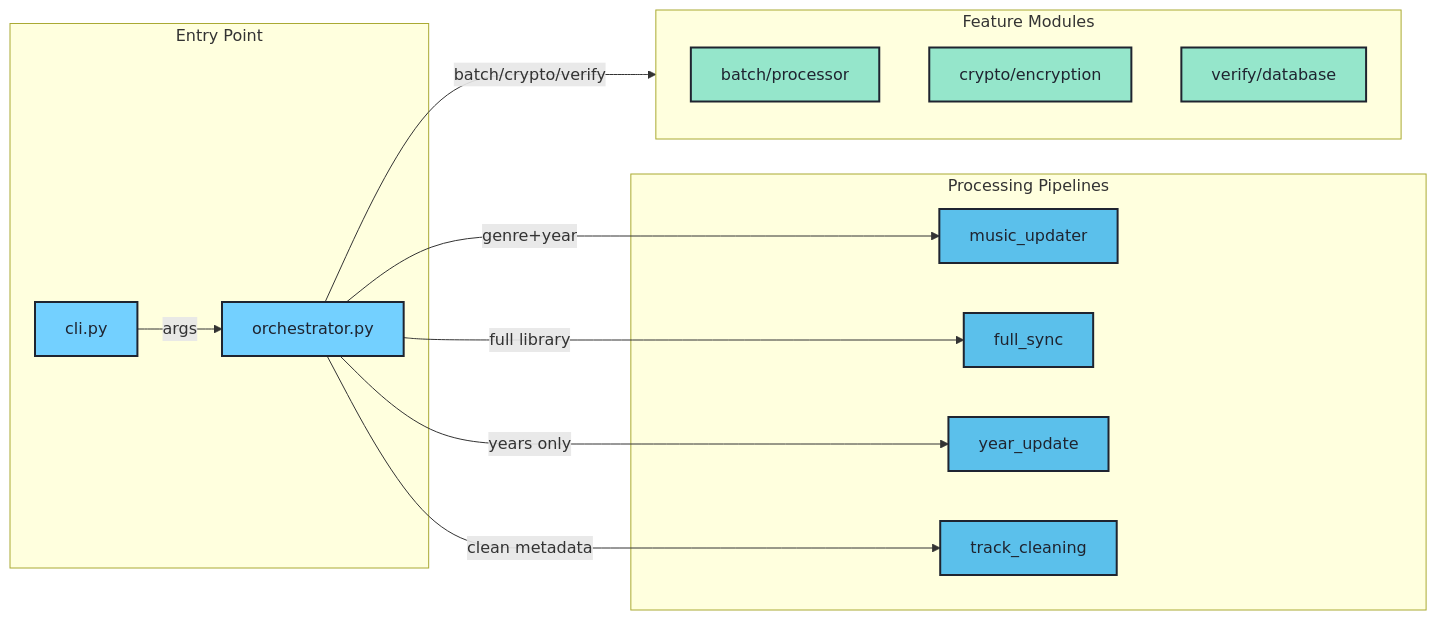
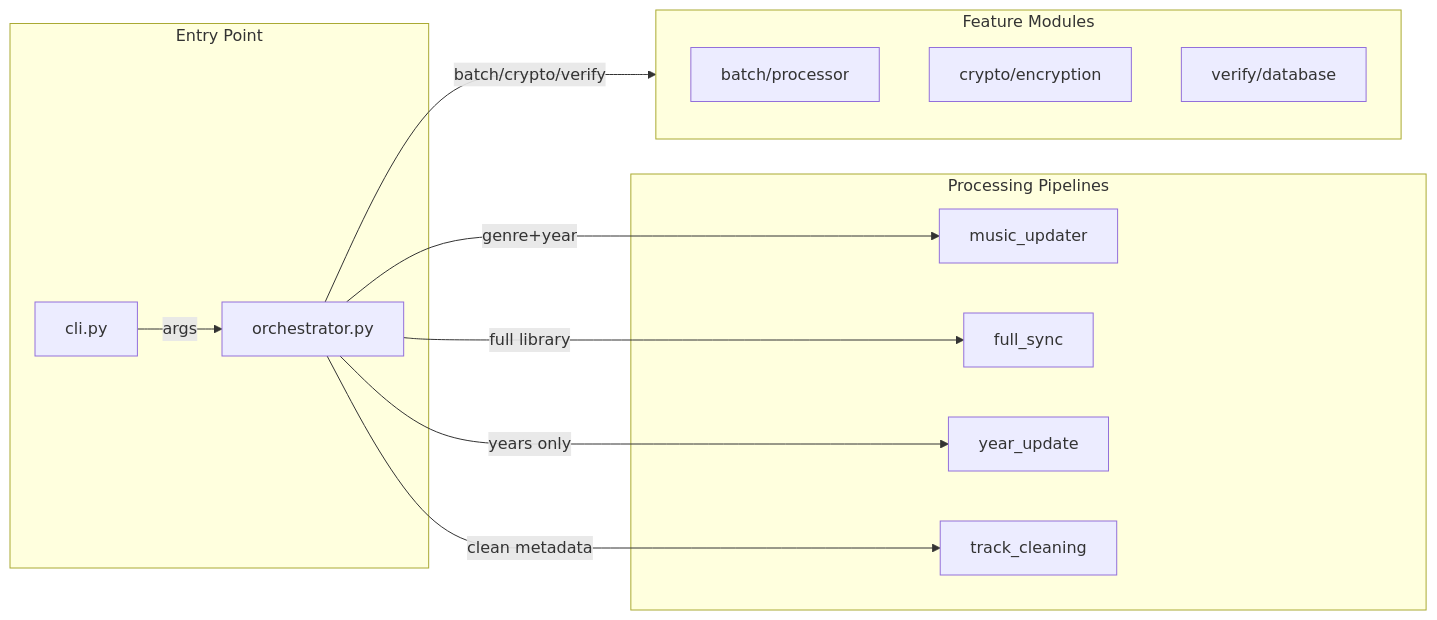
Before and after one commit to barad1tos/GenreUpdater: the fifth of 8 diagrams in docs/architecture/overview.md, drawn with Mermaid. The commit also changed other lines of this file and 2 other files, not shown here.

First line of the commit message:
fix(docs): let Material theme Mermaid natively

````diff
--- a/docs/architecture/overview.md
+++ b/docs/architecture/overview.md
@@ -141,33 +129,27 @@
 ```mermaid
 graph LR
     subgraph Entry["Entry Point"]
         CLI[cli.py]
         Orch[orchestrator.py]
     end
 
     subgraph Pipelines["Processing Pipelines"]
         MU[music_updater]
         FS[full_sync]
         YU[year_update]
         TC[track_cleaning]
     end
 
     subgraph Features["Feature Modules"]
         Batch[batch/processor]
         Crypto[crypto/encryption]
         Verify[verify/database]
     end
 
     CLI -->|args| Orch
     Orch -->|genre+year| MU
     Orch -->|full library| FS
     Orch -->|years only| YU
     Orch -->|clean metadata| TC
     Orch -->|batch/crypto/verify| Features
-    classDef entry fill:#73D0FF, stroke:#1F2430, stroke-width:2px, color:#1F2430
-    classDef pipeline fill:#5BC0EB, stroke:#1F2430, stroke-width:2px, color:#1F2430
-    classDef feature fill:#95E6CB, stroke:#1F2430, stroke-width:2px, color:#1F2430
-    class CLI,Orch entry
-    class MU,FS,YU,TC pipeline
-    class Batch,Crypto,Verify feature
 ```
````
